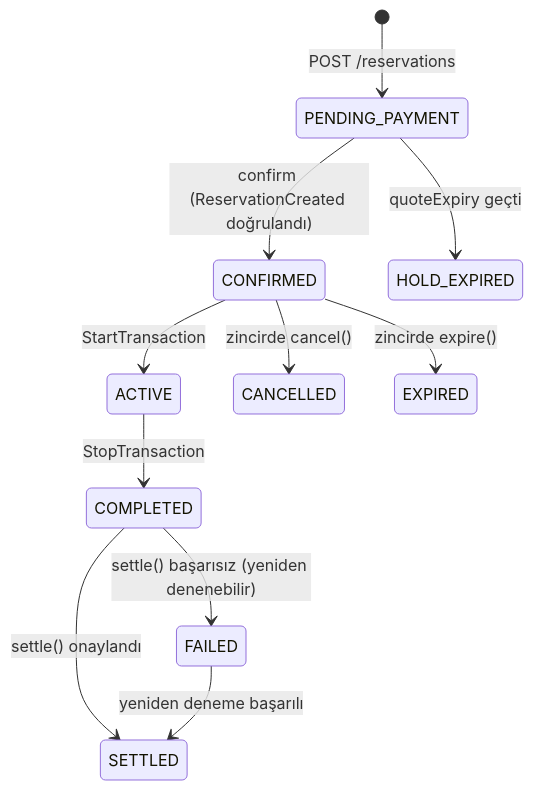
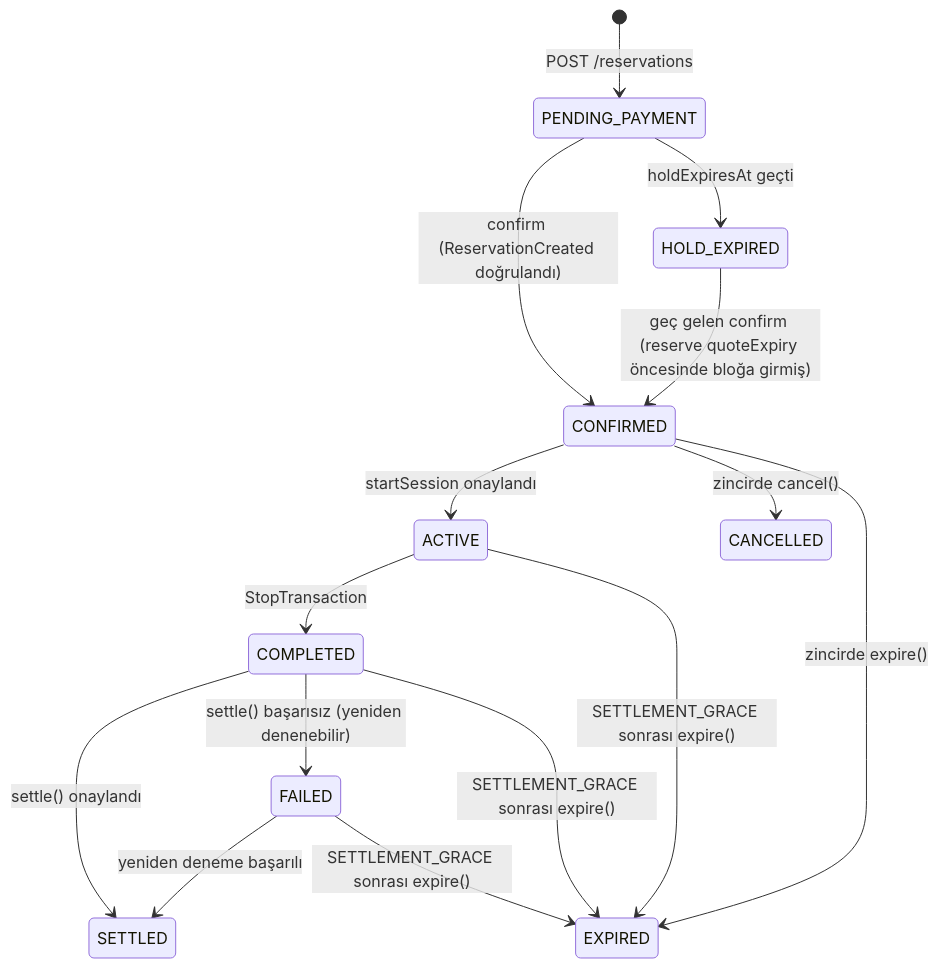
Before and after one commit to bilalabic/ChargeMesh: the third of 4 diagrams in docs/02-mimari.md, drawn with Mermaid. The commit also changed other lines of this file and 16 other files, not shown here.

````diff
--- a/docs/02-mimari.md
+++ b/docs/02-mimari.md
@@ -132,13 +169,17 @@
 ```mermaid
 stateDiagram-v2
   [*] --> PENDING_PAYMENT: POST /reservations
   PENDING_PAYMENT --> CONFIRMED: confirm (ReservationCreated doğrulandı)
-  PENDING_PAYMENT --> HOLD_EXPIRED: quoteExpiry geçti
-  CONFIRMED --> ACTIVE: StartTransaction
+  PENDING_PAYMENT --> HOLD_EXPIRED: holdExpiresAt geçti
+  HOLD_EXPIRED --> CONFIRMED: geç gelen confirm (reserve quoteExpiry öncesinde bloğa girmiş)
+  CONFIRMED --> ACTIVE: startSession onaylandı
   CONFIRMED --> CANCELLED: zincirde cancel()
   CONFIRMED --> EXPIRED: zincirde expire()
   ACTIVE --> COMPLETED: StopTransaction
   COMPLETED --> SETTLED: settle() onaylandı
   COMPLETED --> FAILED: settle() başarısız (yeniden denenebilir)
   FAILED --> SETTLED: yeniden deneme başarılı
+  ACTIVE --> EXPIRED: SETTLEMENT_GRACE sonrası expire()
+  COMPLETED --> EXPIRED: SETTLEMENT_GRACE sonrası expire()
+  FAILED --> EXPIRED: SETTLEMENT_GRACE sonrası expire()
 ```
````
